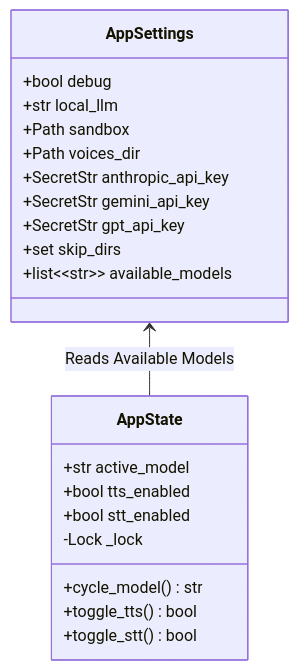
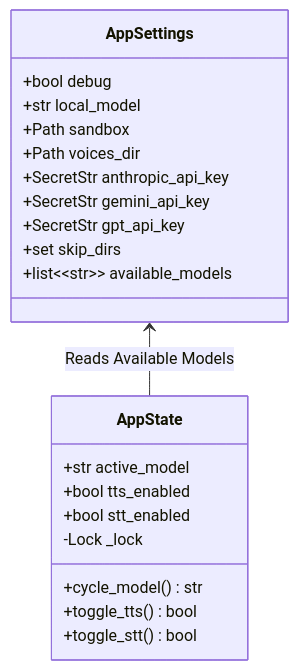
One commit to MEDABIBA/Jarvis changed the first of 2 diagrams in docs/COMPONENTS.md. Above: the diagram before and after it, drawn with Mermaid. The commit also changed 4 other files, not shown here.

Commit message:
Fix Anthropic message mapping and move LLM model ids into settings

````diff
--- a/docs/COMPONENTS.md
+++ b/docs/COMPONENTS.md
@@ -11,26 +11,26 @@
 ```mermaid
 classDiagram
 class AppSettings {
 +bool debug
-+str local_llm
++str local_model
 +Path sandbox
 +Path voices_dir
 +SecretStr anthropic_api_key
 +SecretStr gemini_api_key
 +SecretStr gpt_api_key
 +set skip_dirs
 +list~~str~~ available_models
 }
 
     class AppState {
         +str active_model
         +bool tts_enabled
         +bool stt_enabled
         -Lock _lock
         +cycle_model() str
         +toggle_tts() bool
         +toggle_stt() bool
     }
 
     AppSettings <-- AppState : Reads Available Models
 ```
````
